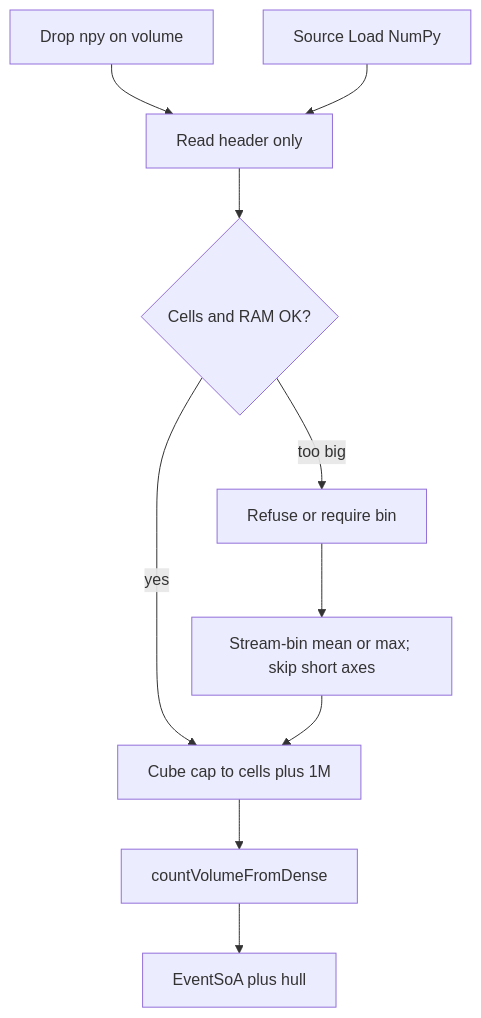
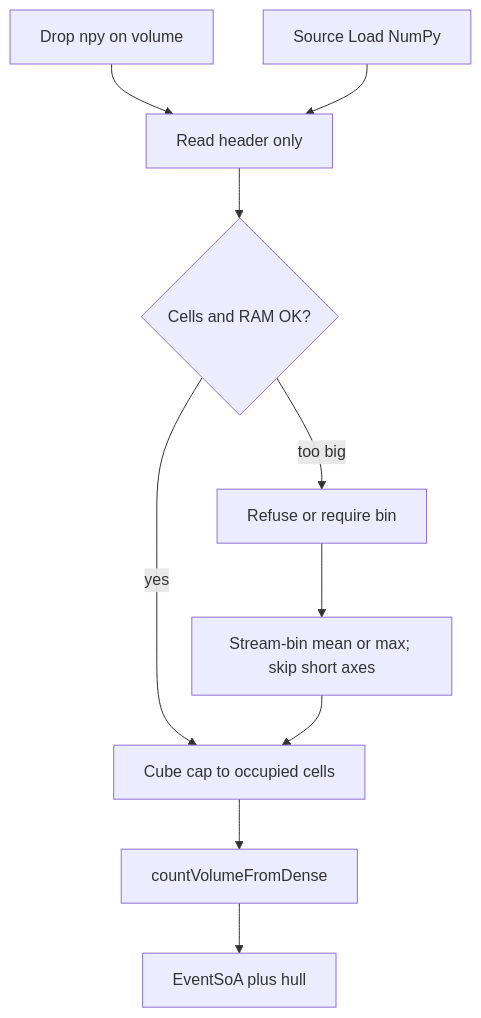
Before and after one commit to PiMaV/DONNER: diagram 12 of 22 in docs/gui.md, drawn with Mermaid. The commit also changed other lines of this file and 10 other files, not shown here.

````diff
--- a/docs/gui.md
+++ b/docs/gui.md
@@ -401,20 +402,20 @@
 ```mermaid
 flowchart TB
   drop[Drop npy on volume]
   load[Source Load NumPy]
   peek[Read header only]
   gate{Cells and RAM OK?}
   refuse[Refuse or require bin]
   bin[Stream-bin mean or max; skip short axes]
-  cap[Cube cap to cells plus 1M]
+  cap[Cube cap to occupied cells]
   sparse[countVolumeFromDense]
   soa[EventSoA plus hull]
   drop --> peek
   load --> peek
   peek --> gate
   gate -->|yes| cap
   gate -->|too big| refuse
   refuse --> bin --> cap
   cap --> sparse
   sparse --> soa
 ```
````
